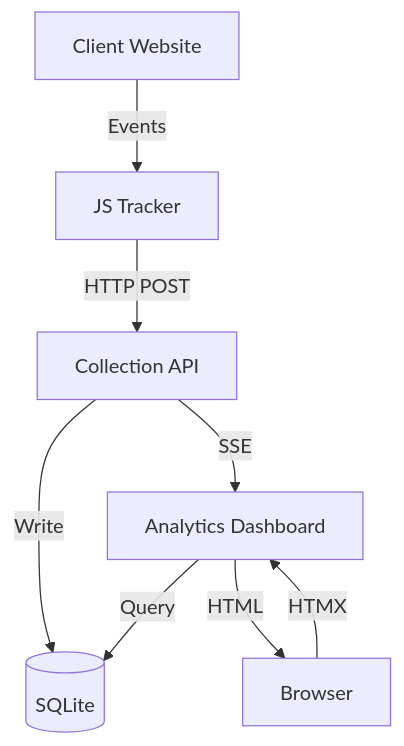
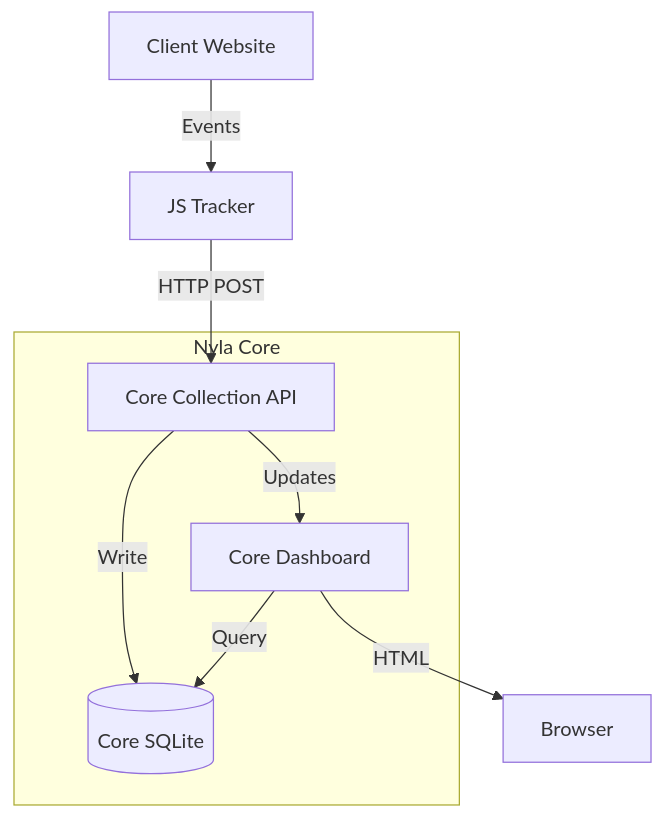
The first of 3 diagrams in specs/architecture-overview.md (sunwolfengineering/nyla-core), drawn with Mermaid before and after one commit. The commit also changed other lines of this file and 14 other files, not shown here.

````diff
--- a/specs/architecture-overview.md
+++ b/specs/architecture-overview.md
@@ -15,10 +20,15 @@
 ```mermaid
 graph TD
     Client[Client Website] -->|Events| Tracker[JS Tracker]
-    Tracker -->|HTTP POST| API[Collection API]
-    API -->|Write| DB[(SQLite)]
-    API -->|SSE| Dashboard[Analytics Dashboard]
-    Dashboard -->|Query| DB
-    Dashboard -->|HTML| Browser[Browser]
-    Browser -->|HTMX| Dashboard
+    Tracker -->|HTTP POST| CoreAPI[Core Collection API]
+    CoreAPI -->|Write| CoreDB[(Core SQLite)]
+    CoreAPI -->|Updates| CoreDash[Core Dashboard]
+    CoreDash -->|Query| CoreDB
+    CoreDash -->|HTML| Browser[Browser]
+    
+    subgraph "Nyla Core"
+        CoreAPI
+        CoreDB
+        CoreDash
+    end
 ```
````
